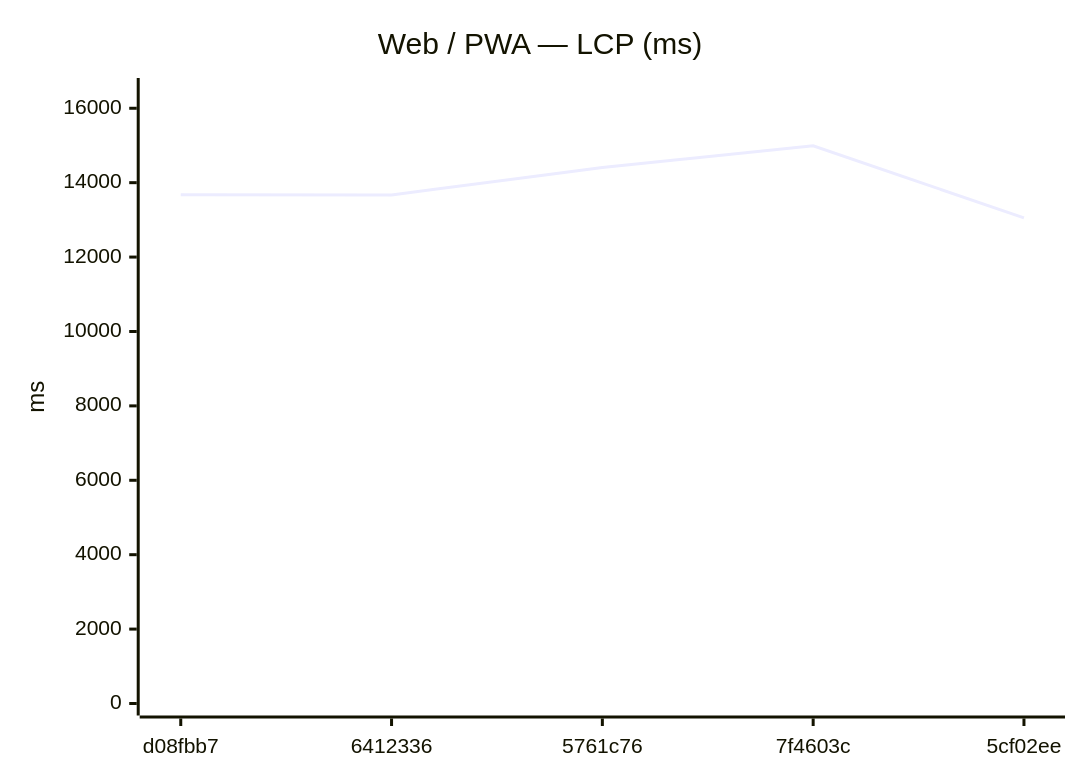
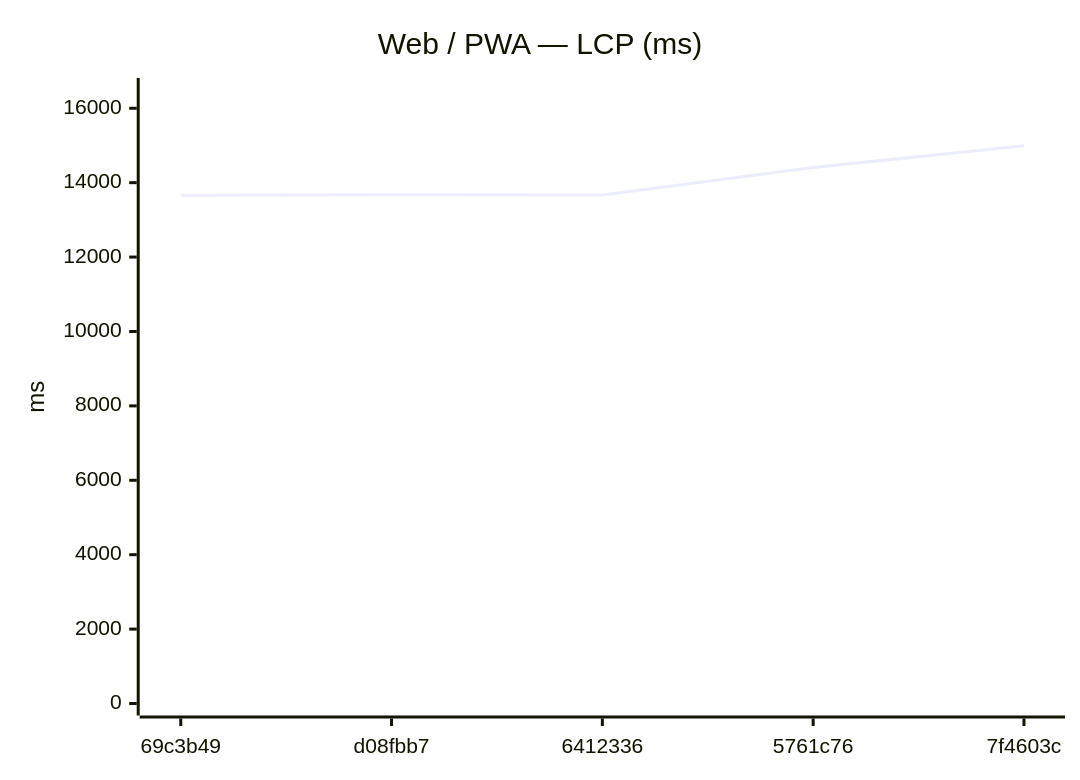
One commit to Metaheurist/Rianell changed the seventh of 18 diagrams in benchmarks/compare.md. Above: the diagram before and after it, drawn with Mermaid. The commit also changed other lines of this file and 11 other files, not shown here.

````diff
--- a/benchmarks/compare.md
+++ b/benchmarks/compare.md
@@ -117,7 +117,7 @@
 ```mermaid
 xychart-beta
     title "Web / PWA — LCP (ms)"
-    x-axis ["d08fbb7", "6412336", "5761c76", "7f4603c", "5cf02ee"]
+    x-axis ["69c3b49", "d08fbb7", "6412336", "5761c76", "7f4603c"]
     y-axis "ms" 0 --> 16491
-    line [13678, 13670, 14406, 14991, 13053]
+    line [13664, 13678, 13670, 14406, 14991]
 ```
````
